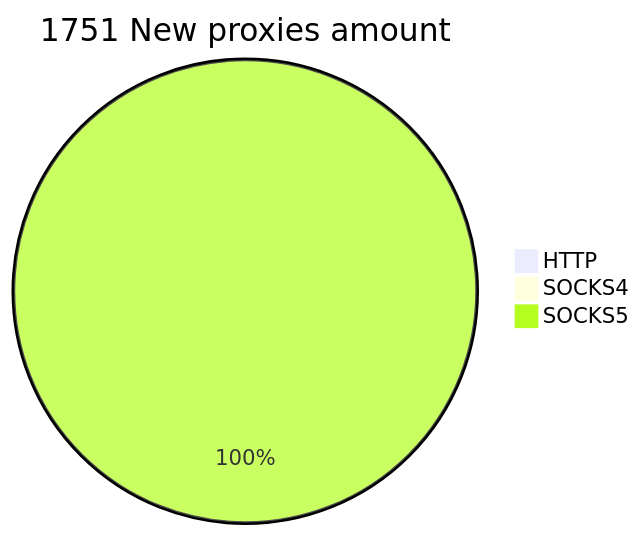
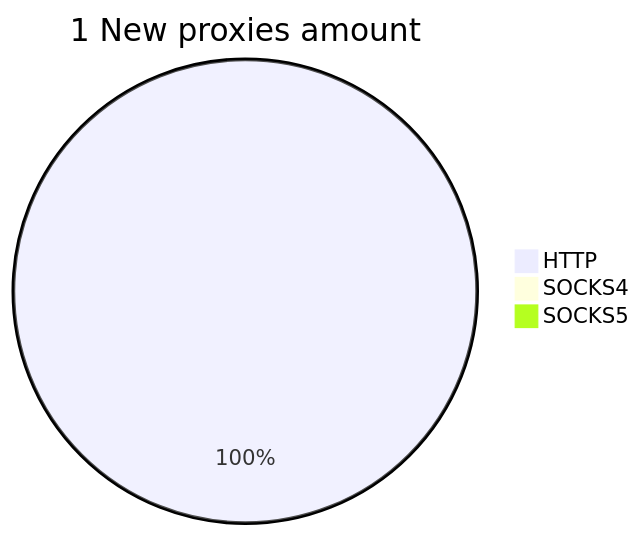
Before and after one commit to cutipu/proxylist: the second of 2 diagrams in README.md, drawn with Mermaid. The commit also changed other lines of this file, not shown here.

````diff
--- a/README.md
+++ b/README.md
@@ -10,6 +10,6 @@
 ```mermaid
-pie title 1751 New proxies amount
-    "HTTP" : 0
-    "SOCKS4" : 2
-    "SOCKS5" : 1749
+pie title 1 New proxies amount
+    "HTTP" : 1
+    "SOCKS4" : 0
+    "SOCKS5" : 0
 ```
````
